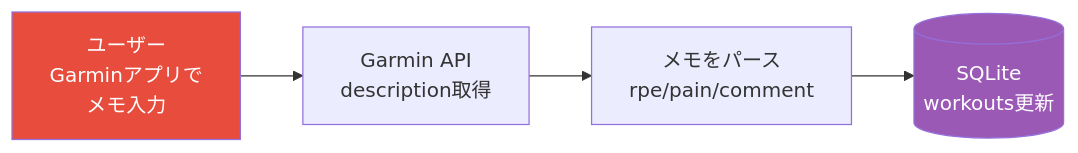
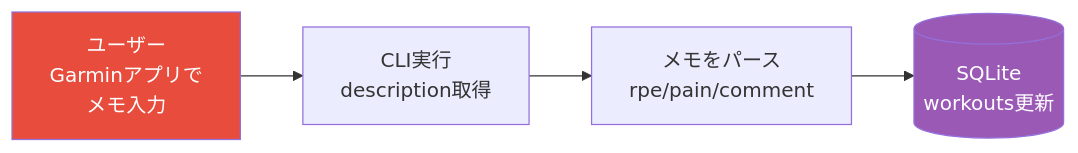
The second of 2 diagrams in docs/phase4-data-logging.md (fuzztarou/run-coach), drawn with Mermaid before and after one commit. The commit also changed other lines of this file and 13 other files, not shown here.

````diff
--- a/docs/phase4-data-logging.md
+++ b/docs/phase4-data-logging.md
@@ -32,9 +35,9 @@
 ```mermaid
 flowchart LR
-    UG[ユーザー<br>Garminアプリで<br>メモ入力] --> GA[Garmin API<br>description取得]
-    GA --> P[メモをパース<br>rpe/pain/comment]
+    UG[ユーザー<br>Garminアプリで<br>メモ入力] --> CLI[CLI実行<br>description取得]
+    CLI --> P[メモをパース<br>rpe/pain/comment]
     P --> DB[(SQLite<br>workouts更新)]
 
     style UG fill:#e74c3c,color:#fff
     style DB fill:#9b59b6,color:#fff
 ```
````
